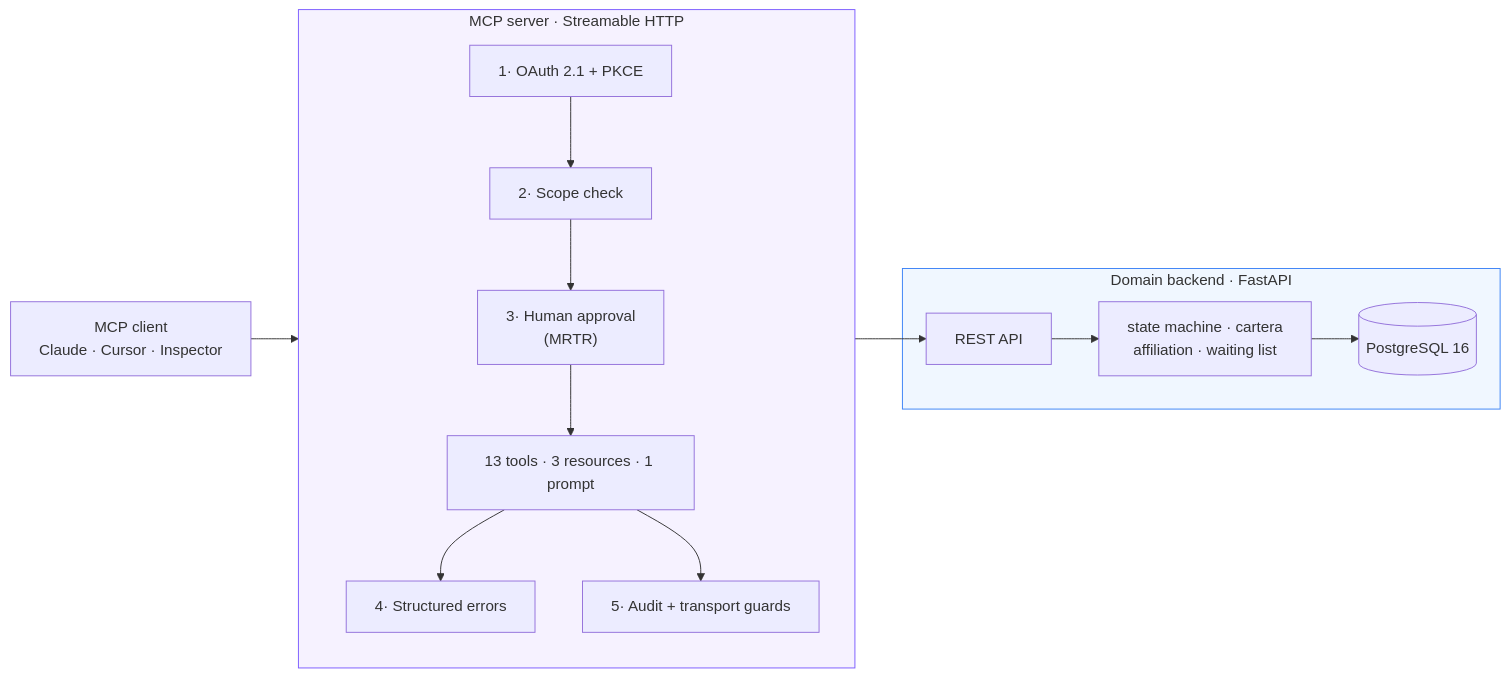
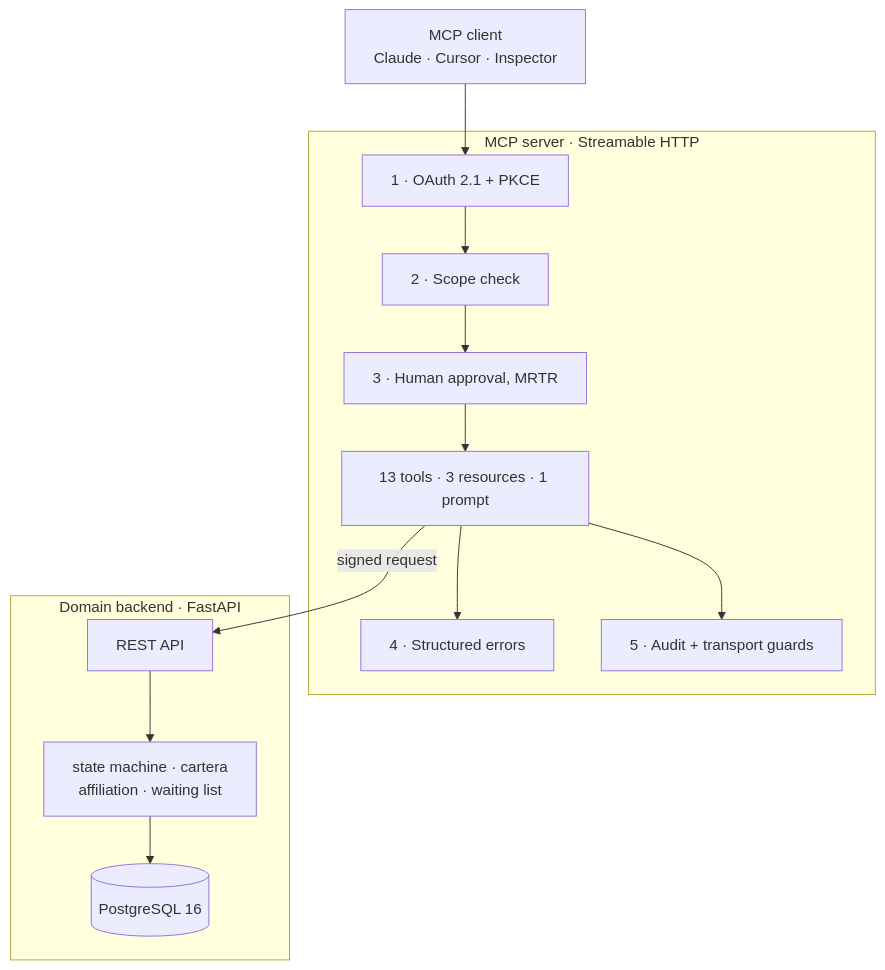
Before and after one commit to dylanbc1/dental-clinic-mcp-server: the diagram in README.md, drawn with Mermaid. The commit also changed 3 other files, not shown here.

First line of the commit message:
docs: shrink the diagrams GitHub was refusing to render

````diff
--- a/README.md
+++ b/README.md
@@ -62,17 +62,23 @@
 ```mermaid
-flowchart LR
+flowchart TB
     C["MCP client<br/>Claude · Cursor · Inspector"]
     subgraph mcp["MCP server · Streamable HTTP"]
-      direction TB
-      A1["1· OAuth 2.1 + PKCE"] --> A2["2· Scope check"] --> A3["3· Human approval<br/>(MRTR)"] --> T["13 tools · 3 resources · 1 prompt"]
-      T --> A4["4· Structured errors"]
-      T --> A5["5· Audit + transport guards"]
+      A1["1 · OAuth 2.1 + PKCE"]
+      A2["2 · Scope check"]
+      A3["3 · Human approval, MRTR"]
+      T["13 tools · 3 resources · 1 prompt"]
+      A4["4 · Structured errors"]
+      A5["5 · Audit + transport guards"]
+      A1 --> A2 --> A3 --> T
+      T --> A4
+      T --> A5
     end
     subgraph be["Domain backend · FastAPI"]
-      API["REST API"] --> DOM["state machine · cartera<br/>affiliation · waiting list"] --> DB[("PostgreSQL 16")]
+      API["REST API"]
+      DOM["state machine · cartera<br/>affiliation · waiting list"]
+      DB[("PostgreSQL 16")]
+      API --> DOM --> DB
     end
     C --> A1
-    T --> API
-    style mcp fill:#f6f2ff,stroke:#7c5cff
-    style be fill:#f0f7ff,stroke:#3b82f6
+    T -->|"signed request"| API
 ```
````
